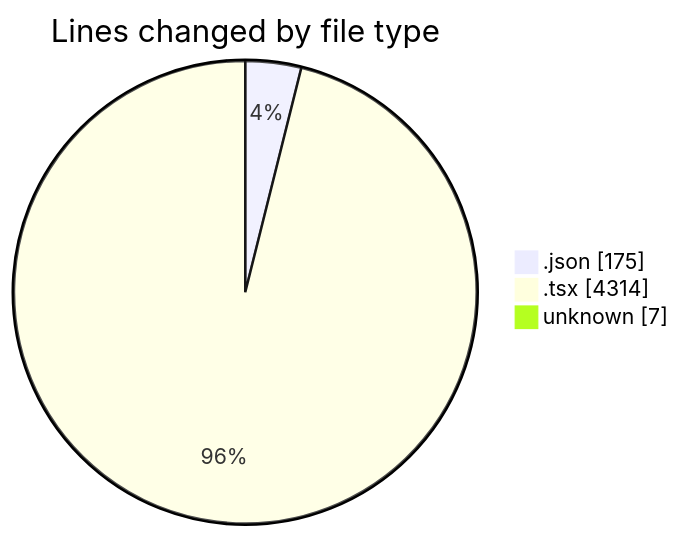
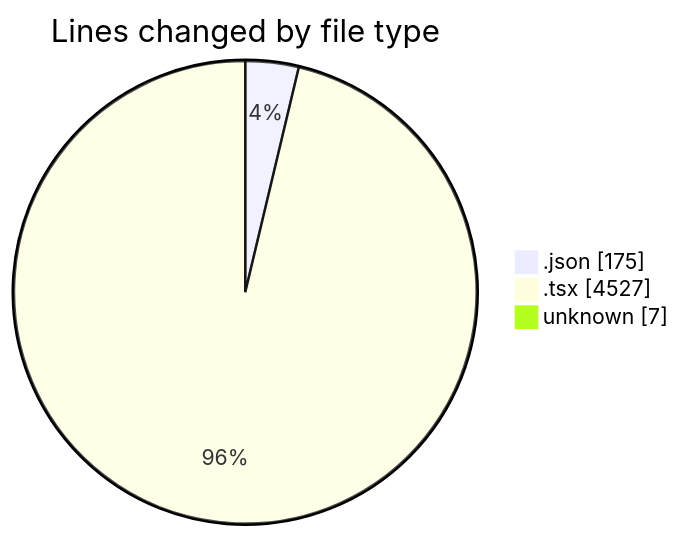
One commit to 3Nya3/code-tracking changed the first of 2 diagrams in 2024-12-31/nyah/README.md. Above: the diagram before and after it, drawn with Mermaid. The commit also changed other lines of this file and 1 other file, not shown here.

````diff
--- a/2024-12-31/nyah/README.md
+++ b/2024-12-31/nyah/README.md
@@ -23,7 +23,7 @@
 ```mermaid
 pie showData
 title Lines changed by file type
 ".json" : 175
-".tsx" : 4314
+".tsx" : 4527
 "unknown" : 7
 ```
````
